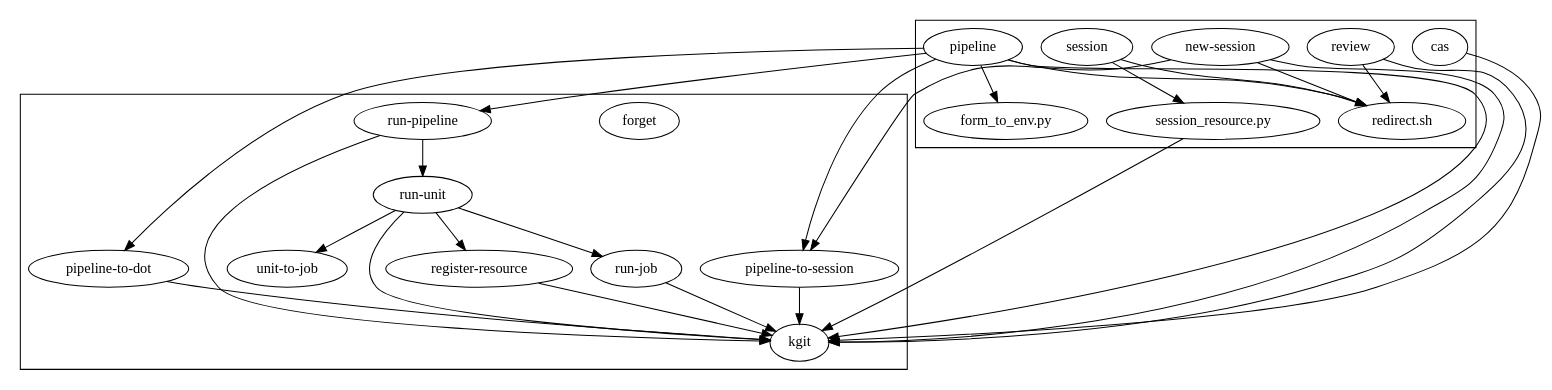
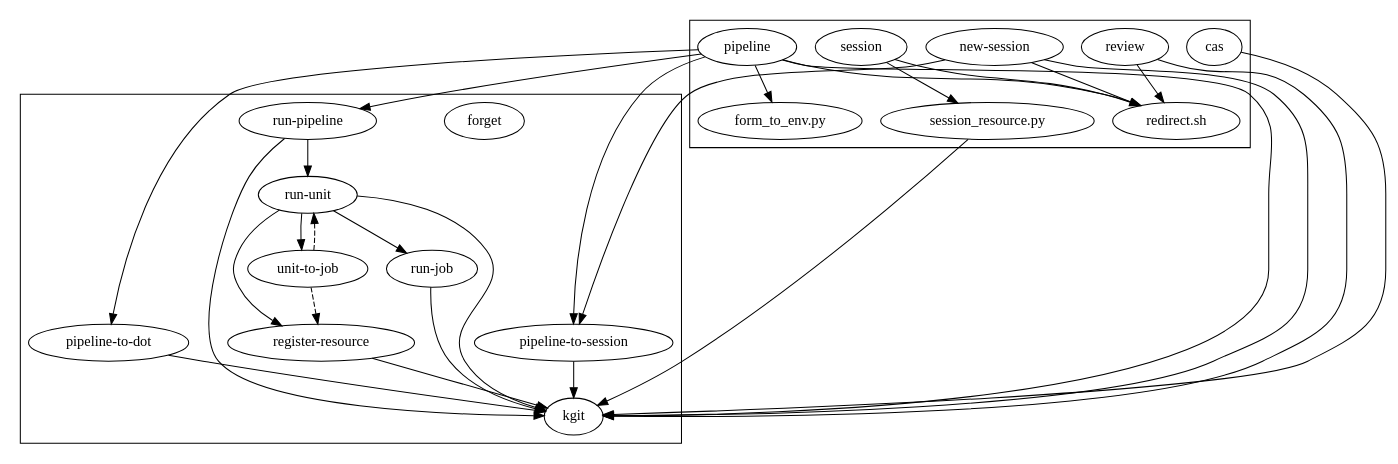
The diagram in commands.dot (rob-sokolowski/knit), drawn with Graphviz before and after one commit. The commit also changed 1 other file, not shown here.

```diff
--- a/commands.dot
+++ b/commands.dot
@@ -1,22 +1,23 @@
 // gvpr -c 'N[$.name=="kgit"]{delete(root, $)}' commands.dot | dot -Tx11
 
 digraph G {
     subgraph cluster_root {
         forget;
         "pipeline-to-dot" -> kgit;
         "pipeline-to-session" -> kgit;
         "register-resource" -> kgit;
         "run-job" -> kgit;
         "run-pipeline" -> { "run-unit" kgit };
         "run-unit" -> { "register-resource" kgit "unit-to-job" "run-job"};
+        "unit-to-job" -> { "register-resource" "run-unit" } [style=dashed];
     }
 
     subgraph cluster_cgibin {
         cas -> kgit;
         "new-session" -> { kgit "pipeline-to-session" "redirect.sh" };
         pipeline -> { kgit "pipeline-to-session" "form_to_env.py" "run-pipeline" "redirect.sh" "pipeline-to-dot" };
         review -> { "redirect.sh" kgit };
         session -> { "redirect.sh" "session_resource.py" };
         "session_resource.py" -> kgit;
     }
 }
```
